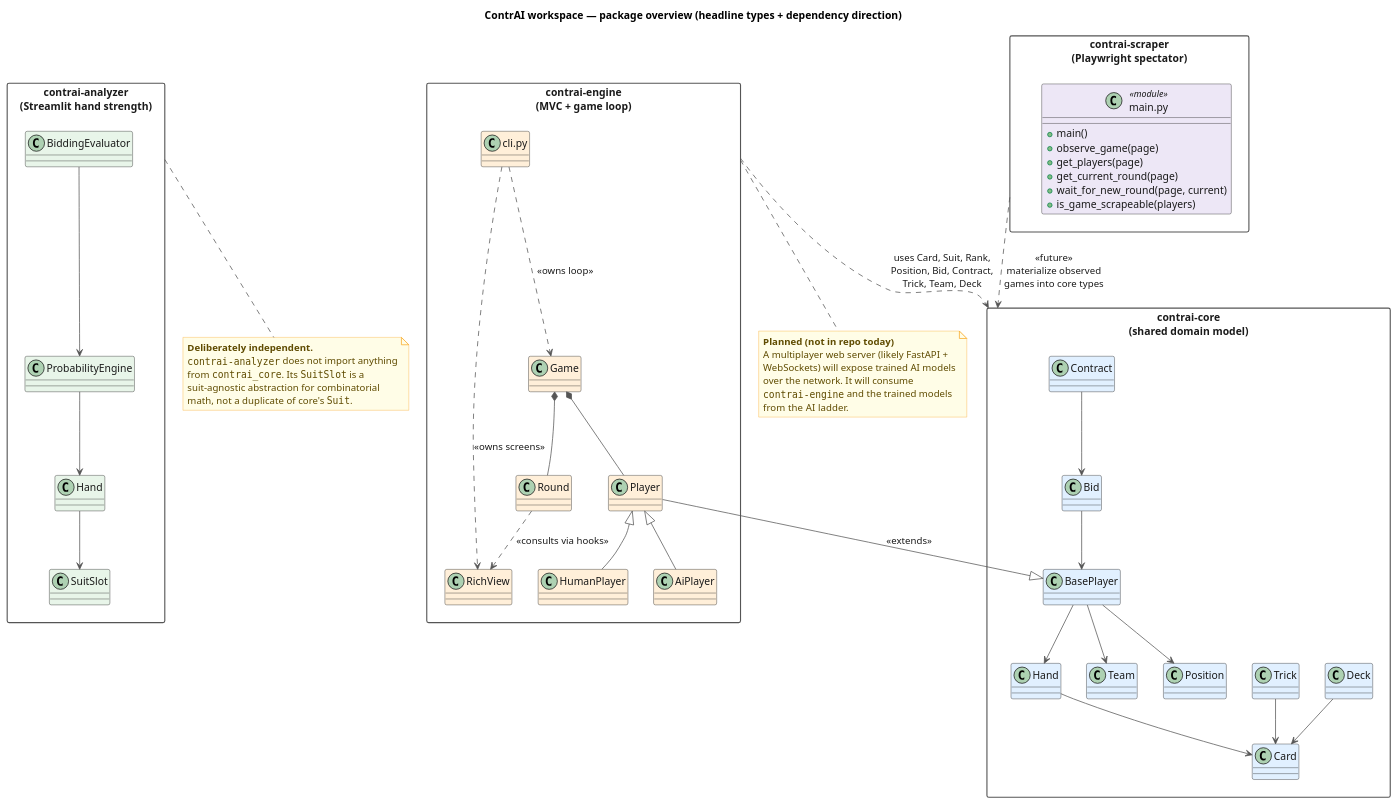
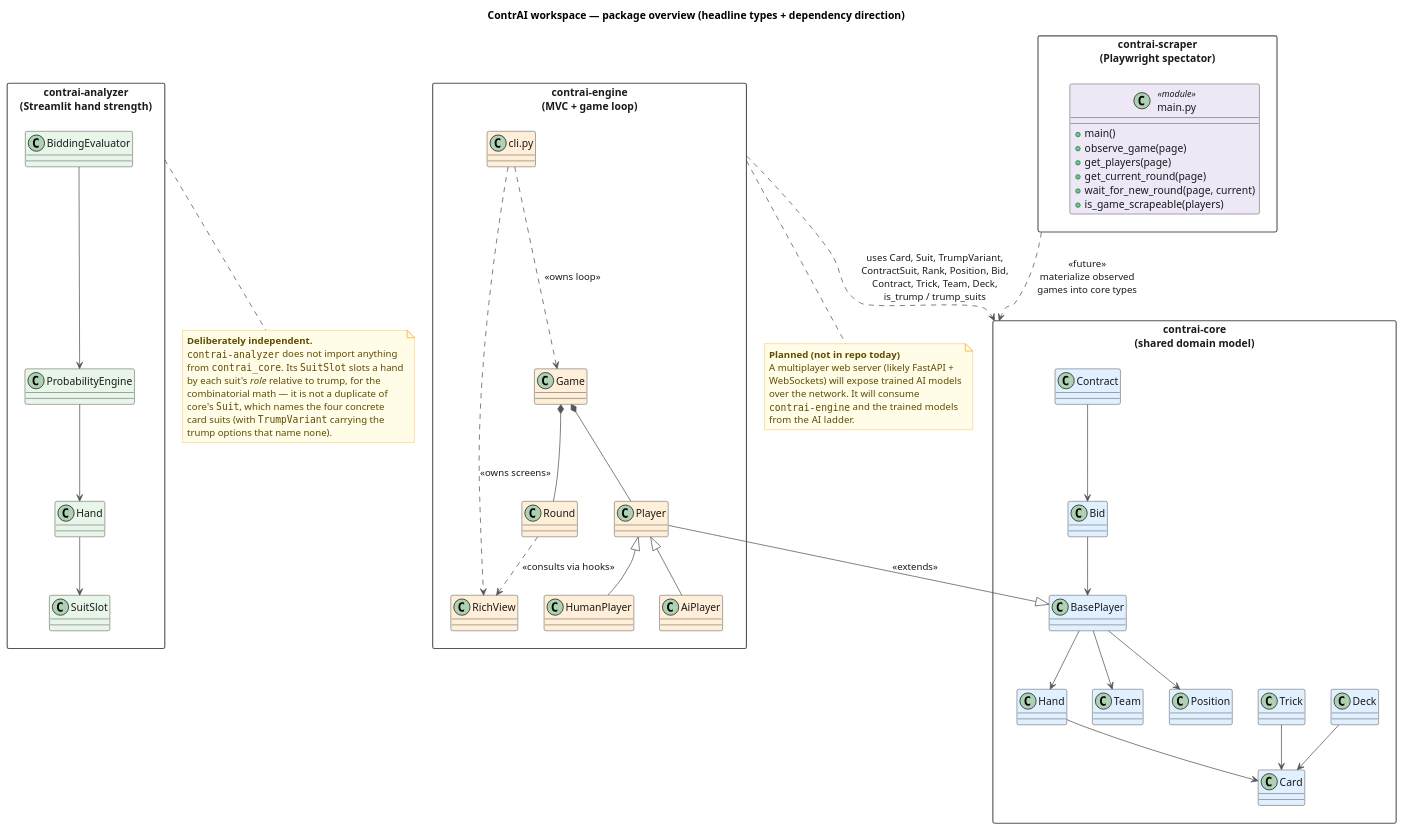
The diagram in docs/diagrams/class_workspace.puml (valmathieu/ContrAI), drawn with PlantUML before and after one commit. The commit also changed 13 other files, not shown here.

```diff
--- a/docs/diagrams/class_workspace.puml
+++ b/docs/diagrams/class_workspace.puml
@@ -1,128 +1,131 @@
 @startuml class_workspace
 title ContrAI workspace — package overview (headline types + dependency direction)
 
 ' --- All four palettes appear at once; styling is set per-class. ---
 skinparam shadowing false
 skinparam class {
     FontColor #1A1A1A
     AttributeFontColor #1A1A1A
     StereotypeFontColor #1A1A1A
 }
 skinparam packageStyle rectangle
 skinparam packageFontColor #1A1A1A
 skinparam packageBorderColor #555555
 skinparam note {
     BackgroundColor #FFFDE7
     BorderColor #F9A825
     FontColor #5F4B00
 }
 skinparam ArrowColor #555555
 skinparam ArrowFontColor #1A1A1A
 
 ' =========================================================
 ' contrai-core — blue
 ' =========================================================
 package "contrai-core\n(shared domain model)" as P_core {
     class "Card"       as C_card     #E1F0FF
     class "Hand"       as C_hand     #E1F0FF
     class "Deck"       as C_deck     #E1F0FF
     class "Trick"      as C_trick    #E1F0FF
     class "Bid"        as C_bid      #E1F0FF
     class "Contract"   as C_contract #E1F0FF
     class "BasePlayer" as C_player   #E1F0FF
     class "Team"       as C_team     #E1F0FF
     class "Position"   as C_position #E1F0FF
 
     C_hand --> C_card
     C_deck --> C_card
     C_player --> C_hand
     C_player --> C_team
     C_player --> C_position
     C_trick --> C_card
     C_contract --> C_bid
     C_bid --> C_player
 }
 
 ' =========================================================
 ' contrai-engine — orange
 ' =========================================================
 package "contrai-engine\n(MVC + game loop)" as P_engine {
     class "Player"      as E_player   #FFEFD9
     class "HumanPlayer" as E_human    #FFEFD9
     class "AiPlayer"    as E_ai       #FFEFD9
     class "Game"        as E_game     #FFEFD9
     class "Round"       as E_round    #FFEFD9
 
     class "RichView"       as E_view  #FFEFD9
     class "cli.py"         as E_cli   #FFEFD9
 
     E_player <|-- E_human
     E_player <|-- E_ai
     E_game *-- E_round
     E_game *-- E_player
     E_round ..> E_view : <<consults via hooks>>
     E_cli ..> E_game : <<owns loop>>
     E_cli ..> E_view : <<owns screens>>
 }
 
 ' =========================================================
 ' contrai-analyzer — green
 ' =========================================================
 package "contrai-analyzer\n(Streamlit hand strength)" as P_analyzer {
     class "SuitSlot"          as A_slot    #E8F5E9
     class "Hand"              as A_hand    #E8F5E9
     class "ProbabilityEngine" as A_engine  #E8F5E9
     class "BiddingEvaluator"  as A_bidding #E8F5E9
 
     A_engine --> A_hand
     A_bidding --> A_engine
     A_hand --> A_slot
 }
 
 ' =========================================================
 ' contrai-scraper — purple
 ' =========================================================
 package "contrai-scraper\n(Playwright spectator)" as P_scraper {
     class "main.py" as S_main <<module>> #EDE7F6 {
         + main()
         + observe_game(page)
         + get_players(page)
         + get_current_round(page)
         + wait_for_new_round(page, current)
         + is_game_scrapeable(players)
     }
 }
 
 ' =========================================================
 ' Cross-package dependencies
 ' =========================================================
 
 ' Engine extends + uses core
 E_player --|> C_player : <<extends>>
-P_engine ..> P_core : uses Card, Suit, Rank,\nPosition, Bid, Contract,\nTrick, Team, Deck
+P_engine ..> P_core : uses Card, Suit, TrumpVariant,\nContractSuit, Rank, Position, Bid,\nContract, Trick, Team, Deck,\nis_trump / trump_suits
 
 ' Analyzer deliberately does NOT depend on core
 note as N_analyzer_indep
   **Deliberately independent.**
   ""contrai-analyzer"" does not import anything
-  from ""contrai_core"". Its ""SuitSlot"" is a
-  suit-agnostic abstraction for combinatorial
-  math, not a duplicate of core's ""Suit"".
+  from ""contrai_core"". Its ""SuitSlot"" slots a hand
+  by each suit's //role// relative to trump, for the
+  combinatorial math — it is not a duplicate of
+  core's ""Suit"", which names the four concrete
+  card suits (with ""TrumpVariant"" carrying the
+  trump options that name none).
 end note
 P_analyzer .. N_analyzer_indep
 
 ' Scraper: planned consumer of core (future)
 P_scraper ..> P_core : <<future>>\nmaterialize observed\ngames into core types
 
 ' Web server: planned future component (not in repo yet)
 note as N_future
   **Planned (not in repo today)**
   A multiplayer web server (likely FastAPI +
   WebSockets) will expose trained AI models
   over the network. It will consume
   ""contrai-engine"" and the trained models
   from the AI ladder.
 end note
 P_engine .. N_future
 
 @enduml
```
